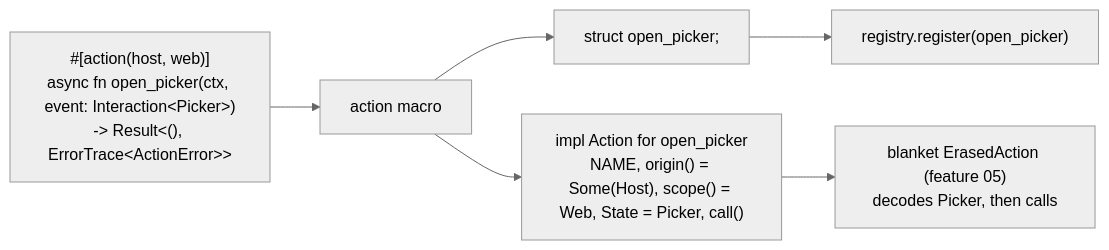
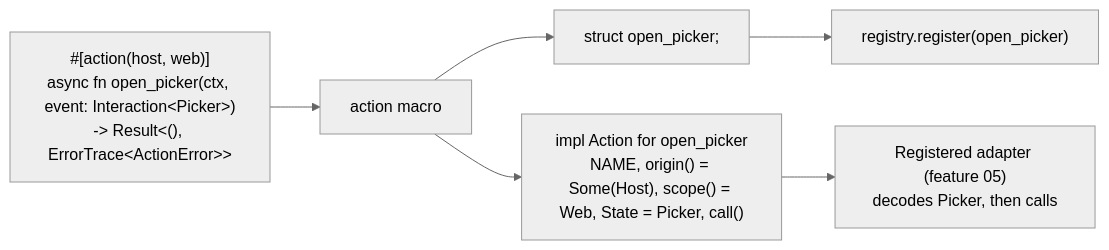
Before and after one commit to ewe-studios/ewe_platform: the diagram in specifications/69-foundation-ui-v2/features/06-action-macro/feature.md, drawn with Mermaid (neutral theme). The commit also changed other lines of this file and 158 other files, not shown here.

````diff
--- a/specifications/69-foundation-ui-v2/features/06-action-macro/feature.md
+++ b/specifications/69-foundation-ui-v2/features/06-action-macro/feature.md
@@ -204,8 +204,8 @@
 ```mermaid
 flowchart LR
     F["#[action(host, web)]<br/>async fn open_picker(ctx, event: Interaction&lt;Picker&gt;)<br/>-&gt; Result&lt;(), ErrorTrace&lt;ActionError&gt;&gt;"] --> M["action macro"]
     M --> S["struct open_picker;"]
     M --> I["impl Action for open_picker<br/>NAME, origin() = Some(Host), scope() = Web, State = Picker, call()"]
-    I --> B["blanket ErasedAction (feature 05)<br/>decodes Picker, then calls"]
+    I --> B["Registered adapter (feature 05)<br/>decodes Picker, then calls"]
     S --> R["registry.register(open_picker)"]
 ```
````
